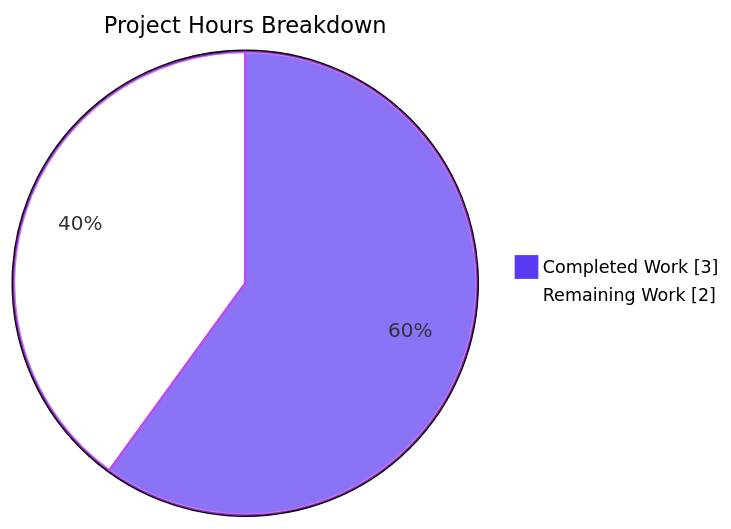
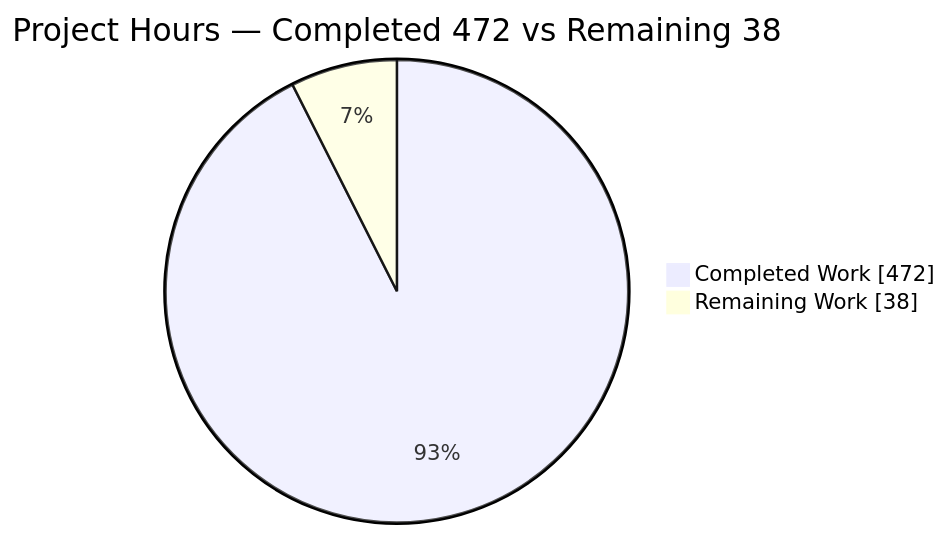
One commit to Blitzy-Sandbox/blitzy-makeplane changed the second of 3 diagrams in blitzy/documentation/Project Guide.md. Above: the diagram before and after it, drawn with Mermaid. The commit also changed other lines of this file, not shown here.

Commit message:
Adding Blitzy Project Guide: Project Status and Human Tasks Remaining

````diff
--- a/blitzy/documentation/Project Guide.md
+++ b/blitzy/documentation/Project Guide.md
@@ -196,6 +203,5 @@
 ```mermaid
-%%{init: {"themeVariables": {"pie1": "#5B39F3", "pie2": "#FFFFFF", "pieStrokeColor": "#B23AF2", "pieOuterStrokeWidth": "2px", "pieTitleTextSize": "18px", "pieSectionTextSize": "16px", "pieLegendTextSize": "14px"}}}%%
-pie showData title Project Hours Breakdown
-    "Completed Work" : 3
-    "Remaining Work" : 2
+pie showData title Project Hours — Completed 472 vs Remaining 38
+    "Completed Work" : 472
+    "Remaining Work" : 38
 ```
````
